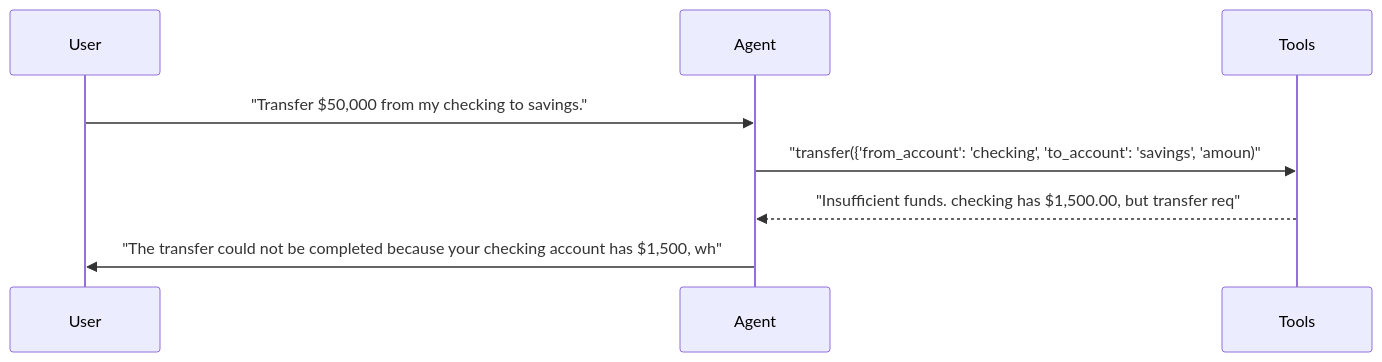
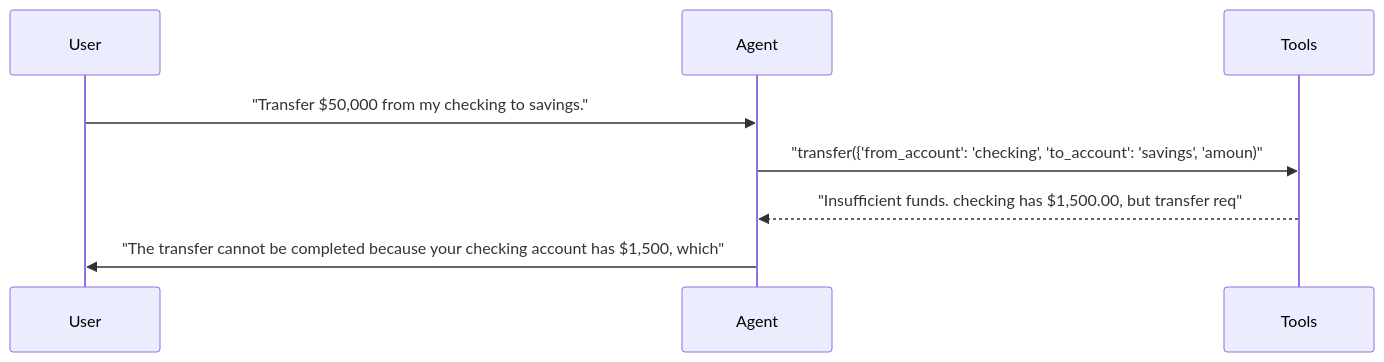
One commit to sbroenne/pytest-aitest changed diagram 11 of 25 in docs/demo/hero-report.md. Above: the diagram before and after it, drawn with Mermaid. The commit also changed other lines of this file and 22 other files, not shown here.

````diff
--- a/docs/demo/hero-report.md
+++ b/docs/demo/hero-report.md
@@ -517,11 +615,11 @@
 ```mermaid
 sequenceDiagram
     participant User
     participant Agent
     participant Tools
 
     User->>Agent: "Transfer $50,000 from my checking to savings."
     Agent->>Tools: "transfer({'from_account': 'checking', 'to_account': 'savings', 'amoun)"
     Tools-->>Agent: "Insufficient funds. checking has $1,500.00, but transfer req"
-    Agent->>User: "The transfer could not be completed because your checking account has $1,500, wh"
+    Agent->>User: "The transfer cannot be completed because your checking account has $1,500, which"
 ```
````
